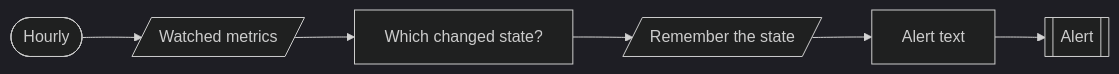
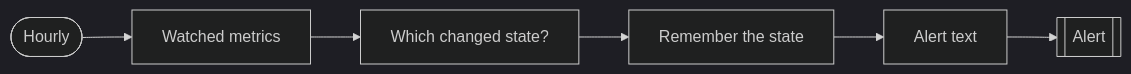
Before and after one commit to kimjoshuadr/n8n-workflows: the second of 2 diagrams in systems/ops-digest/README.md, drawn with Mermaid (dark theme). The commit also changed other lines of this file and 184 other files, not shown here.

Commit message:
Finish the move to named platforms: blocks, BambooHR, generated README, schema and platform marks

````diff
--- a/systems/ops-digest/README.md
+++ b/systems/ops-digest/README.md
@@ -74,14 +72,14 @@
 ```mermaid
 flowchart LR
   n1vk30ig(["Hourly"])
-  nnf0dvu[/"Watched metrics"/]
+  nnf0dvu["Watched metrics"]
   nei77ic["Which changed state?"]
-  n1hcaqwm[/"Remember the state"/]
+  n1hcaqwm["Remember the state"]
   n1wtqti0["Alert text"]
   n4d13md[["Alert"]]
   n1vk30ig --> nnf0dvu
   nnf0dvu --> nei77ic
   nei77ic --> n1hcaqwm
   n1hcaqwm --> n1wtqti0
   n1wtqti0 --> n4d13md
 ```
````
